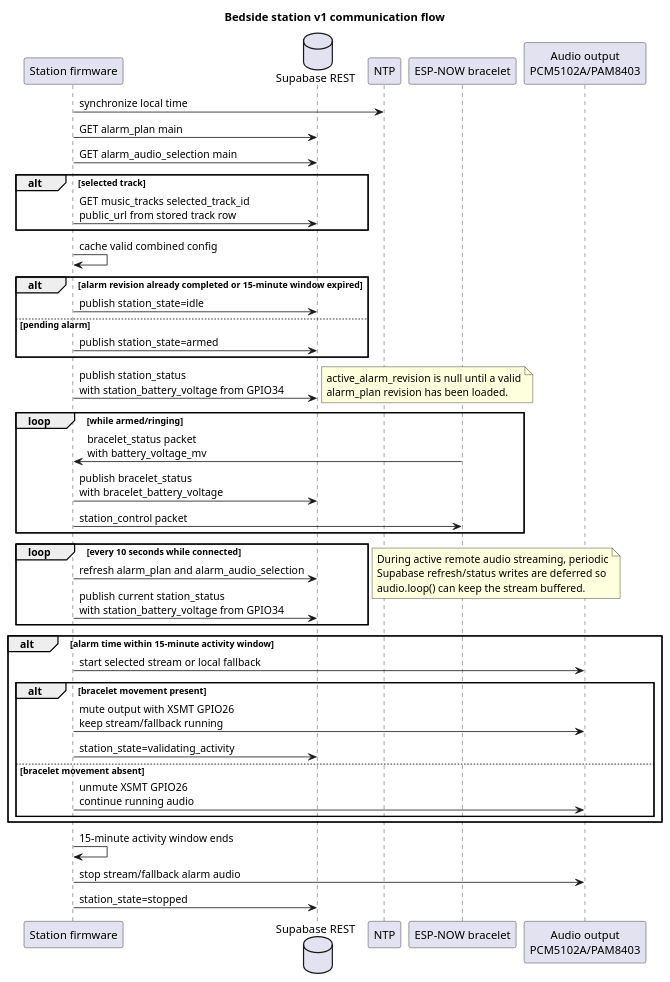
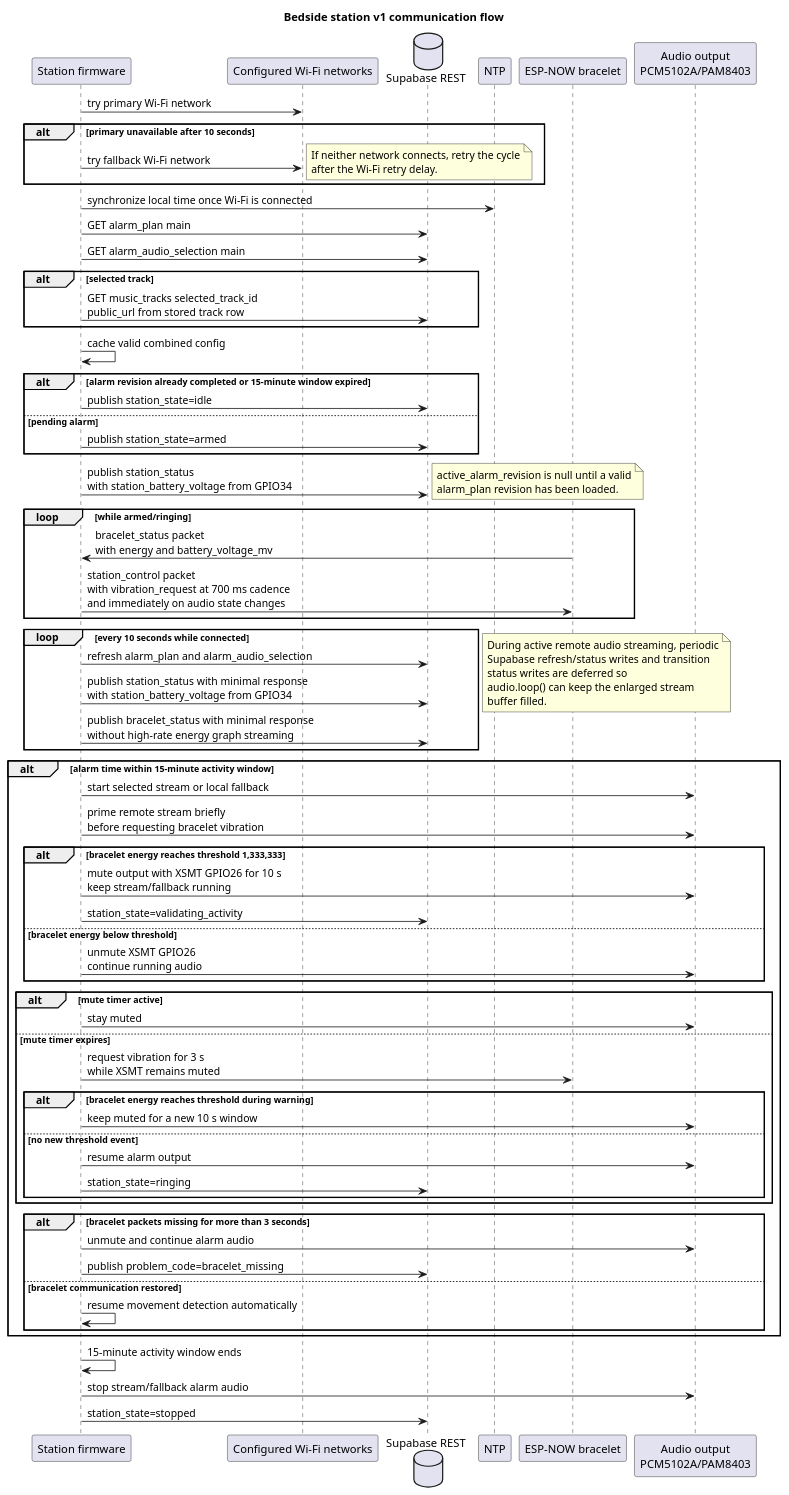
The diagram in code/boite hp/UML/communication_flow.puml (Jzn-wbr/Starter), drawn with PlantUML before and after one commit. The commit also changed 23 other files, not shown here.

```diff
--- a/code/boite hp/UML/communication_flow.puml
+++ b/code/boite hp/UML/communication_flow.puml
@@ -1,58 +1,87 @@
 @startuml
 title Bedside station v1 communication flow
 
 participant "Station firmware" as Station
+participant "Configured Wi-Fi networks" as Wifi
 database "Supabase REST" as Supabase
 participant "NTP" as Ntp
 participant "ESP-NOW bracelet" as Bracelet
 participant "Audio output\nPCM5102A/PAM8403" as Audio
 
-Station -> Ntp : synchronize local time
+Station -> Wifi : try primary Wi-Fi network
+alt primary unavailable after 10 seconds
+  Station -> Wifi : try fallback Wi-Fi network
+  note right
+    If neither network connects, retry the cycle
+    after the Wi-Fi retry delay.
+  end note
+end
+Station -> Ntp : synchronize local time once Wi-Fi is connected
 Station -> Supabase : GET alarm_plan main
 Station -> Supabase : GET alarm_audio_selection main
 alt selected track
   Station -> Supabase : GET music_tracks selected_track_id\npublic_url from stored track row
 end
 Station -> Station : cache valid combined config
 alt alarm revision already completed or 15-minute window expired
   Station -> Supabase : publish station_state=idle
 else pending alarm
   Station -> Supabase : publish station_state=armed
 end
 Station -> Supabase : publish station_status\nwith station_battery_voltage from GPIO34
 note right
   active_alarm_revision is null until a valid
   alarm_plan revision has been loaded.
 end note
 
 loop while armed/ringing
-  Bracelet -> Station : bracelet_status packet\nwith battery_voltage_mv
-  Station -> Supabase : publish bracelet_status\nwith bracelet_battery_voltage
-  Station -> Bracelet : station_control packet
+  Bracelet -> Station : bracelet_status packet\nwith energy and battery_voltage_mv
+  Station -> Bracelet : station_control packet\nwith vibration_request at 700 ms cadence\nand immediately on audio state changes
 end
 
 loop every 10 seconds while connected
   Station -> Supabase : refresh alarm_plan and alarm_audio_selection
-  Station -> Supabase : publish current station_status\nwith station_battery_voltage from GPIO34
+  Station -> Supabase : publish station_status with minimal response\nwith station_battery_voltage from GPIO34
+  Station -> Supabase : publish bracelet_status with minimal response\nwithout high-rate energy graph streaming
 end
 note right
   During active remote audio streaming, periodic
-  Supabase refresh/status writes are deferred so
-  audio.loop() can keep the stream buffered.
+  Supabase refresh/status writes and transition
+  status writes are deferred so
+  audio.loop() can keep the enlarged stream
+  buffer filled.
 end note
 
 alt alarm time within 15-minute activity window
   Station -> Audio : start selected stream or local fallback
-  alt bracelet movement present
-    Station -> Audio : mute output with XSMT GPIO26\nkeep stream/fallback running
+  Station -> Audio : prime remote stream briefly\nbefore requesting bracelet vibration
+  alt bracelet energy reaches threshold 1,333,333
+    Station -> Audio : mute output with XSMT GPIO26 for 10 s\nkeep stream/fallback running
     Station -> Supabase : station_state=validating_activity
-  else bracelet movement absent
+  else bracelet energy below threshold
     Station -> Audio : unmute XSMT GPIO26\ncontinue running audio
+  end
+  alt mute timer active
+    Station -> Audio : stay muted
+  else mute timer expires
+    Station -> Bracelet : request vibration for 3 s\nwhile XSMT remains muted
+    alt bracelet energy reaches threshold during warning
+      Station -> Audio : keep muted for a new 10 s window
+    else no new threshold event
+    Station -> Audio : resume alarm output
+    Station -> Supabase : station_state=ringing
+    end
+  end
+  alt bracelet packets missing for more than 3 seconds
+    Station -> Audio : unmute and continue alarm audio
+    Station -> Supabase : publish problem_code=bracelet_missing
+  else bracelet communication restored
+    Station -> Station : resume movement detection automatically
   end
 end
 
 Station -> Station : 15-minute activity window ends
 Station -> Audio : stop stream/fallback alarm audio
 Station -> Supabase : station_state=stopped
 
 @enduml
```
